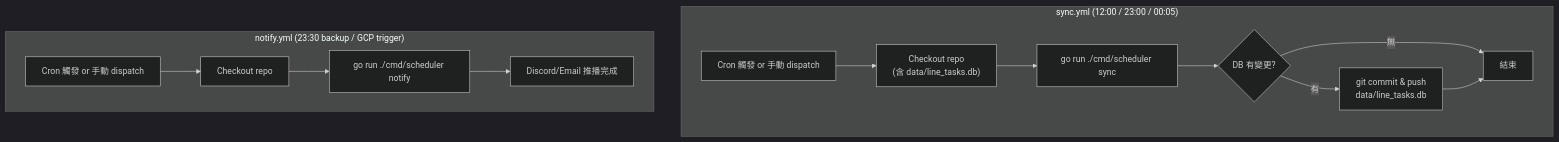
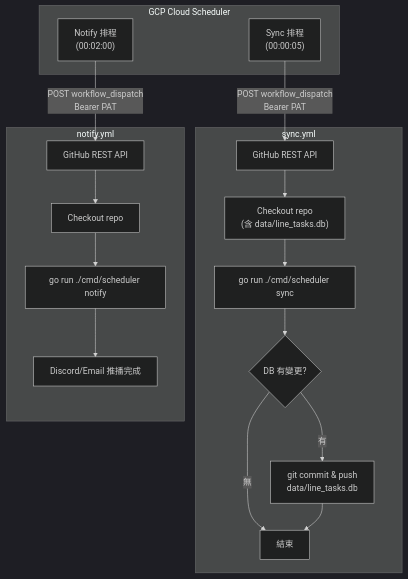
The fifth of 6 diagrams in docs/requirements/requirements.md (dccoding1118/more-line-points), drawn with Mermaid before and after one commit. The commit also changed other lines of this file and 1 other file, not shown here.

Commit message:
docs: update CI/CD design and requirements using Cloud Scheduler for sync and notify.

````diff
--- a/docs/requirements/requirements.md
+++ b/docs/requirements/requirements.md
@@ -426,18 +439,26 @@
 ```mermaid
 %%{init: {'theme':'dark'}}%%
 flowchart TD
-    subgraph sync_flow["sync.yml (12:00 / 23:00 / 00:05)"]
-        S1["Cron 觸發 or 手動 dispatch"] --> S2["Checkout repo<br/>(含 data/line_tasks.db)"]
+    subgraph scheduler["GCP Cloud Scheduler"]
+        CS_SYNC["Sync 排程<br/>(00:00:05)"]
+        CS_NOTIFY["Notify 排程<br/>(00:02:00)"]
+    end
+
+    CS_SYNC -->|"POST workflow_dispatch<br/>Bearer PAT"| GH_API_S["GitHub REST API"]
+    CS_NOTIFY -->|"POST workflow_dispatch<br/>Bearer PAT"| GH_API_N["GitHub REST API"]
+
+    subgraph sync_flow["sync.yml"]
+        GH_API_S --> S2["Checkout repo<br/>(含 data/line_tasks.db)"]
         S2 --> S3["go run ./cmd/scheduler sync"]
         S3 --> S4{"DB 有變更?"}
         S4 -->|"有"| S5["git commit & push<br/>data/line_tasks.db"]
         S4 -->|"無"| S6["結束"]
         S5 --> S6
     end
 
-    subgraph notify_flow["notify.yml (23:30 backup / GCP trigger)"]
-        N1["Cron 觸發 or 手動 dispatch"] --> N2["Checkout repo"]
+    subgraph notify_flow["notify.yml"]
+        GH_API_N --> N2["Checkout repo"]
         N2 --> N3["go run ./cmd/scheduler notify"]
         N3 --> N4["Discord/Email 推播完成"]
     end
 ```
````
